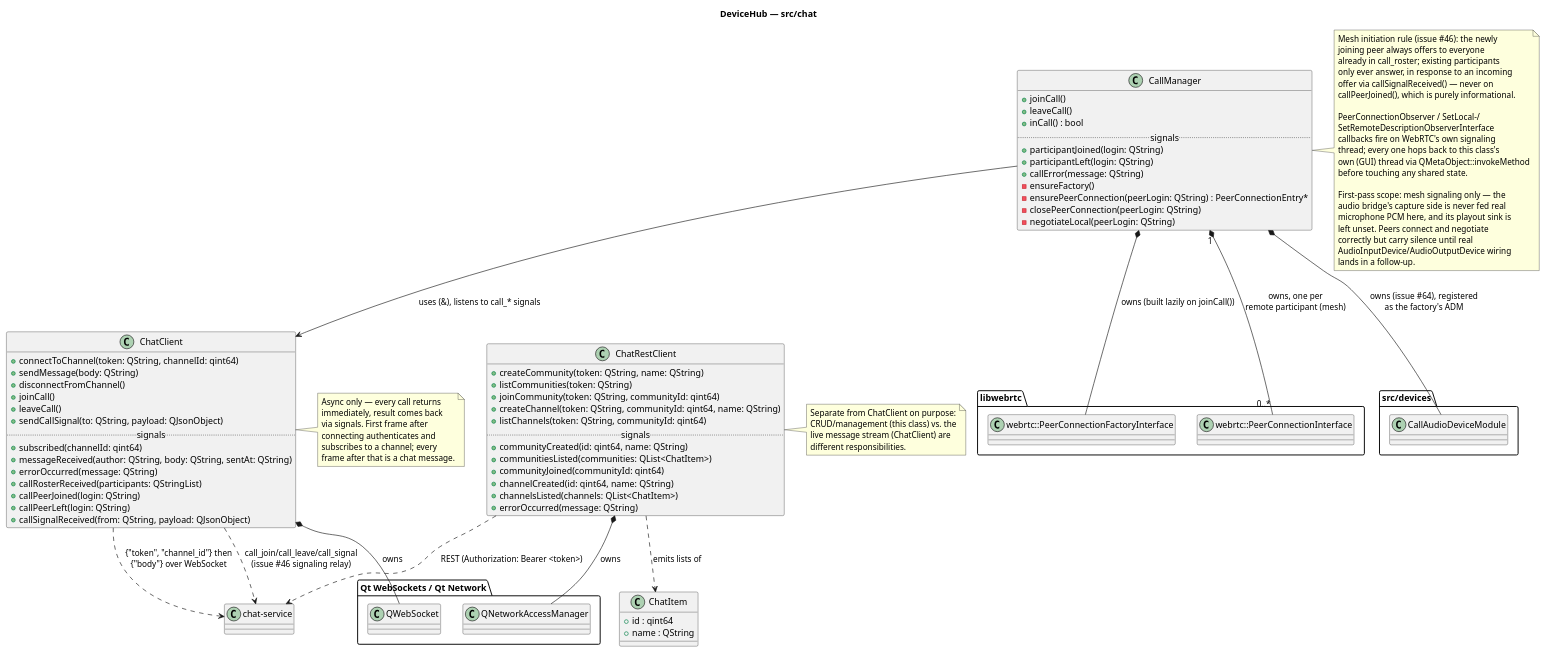
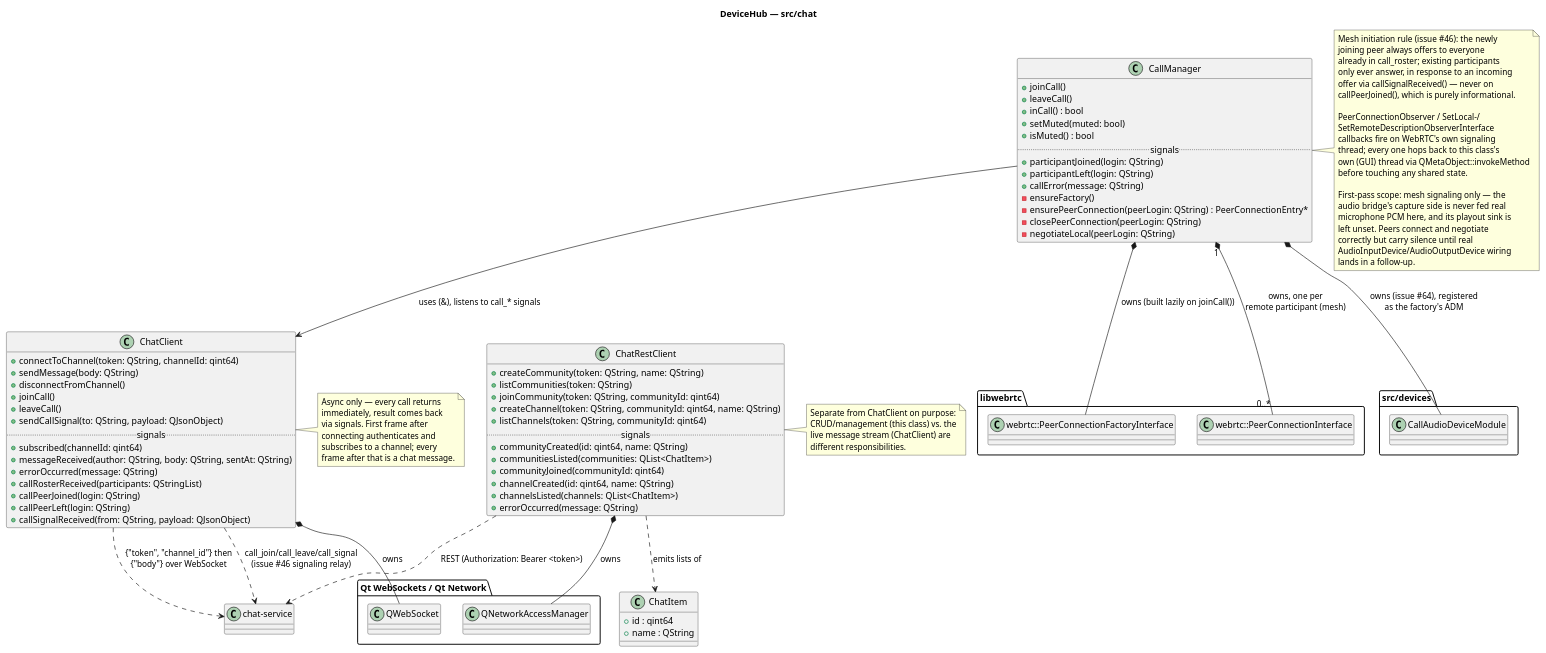
One commit to NekrasovIS/Exp changed the diagram in docs/diagrams/chat.puml. Above: the diagram before and after it, drawn with PlantUML. The commit also changed 9 other files, not shown here.

```diff
--- a/docs/diagrams/chat.puml
+++ b/docs/diagrams/chat.puml
@@ -1,118 +1,120 @@
 @startuml chat
 title DeviceHub — src/chat
 
 package "Qt WebSockets / Qt Network" {
   class QWebSocket
   class QNetworkAccessManager
 }
 
 package "libwebrtc" {
   class "webrtc::PeerConnectionFactoryInterface" as WebrtcPeerConnectionFactory
   class "webrtc::PeerConnectionInterface" as WebrtcPeerConnection
 }
 
 package "src/devices" {
   class CallAudioDeviceModule
 }
 
 class ChatItem {
   +id : qint64
   +name : QString
 }
 
 class ChatClient {
   +connectToChannel(token: QString, channelId: qint64)
   +sendMessage(body: QString)
   +disconnectFromChannel()
   +joinCall()
   +leaveCall()
   +sendCallSignal(to: QString, payload: QJsonObject)
   .. signals ..
   +subscribed(channelId: qint64)
   +messageReceived(author: QString, body: QString, sentAt: QString)
   +errorOccurred(message: QString)
   +callRosterReceived(participants: QStringList)
   +callPeerJoined(login: QString)
   +callPeerLeft(login: QString)
   +callSignalReceived(from: QString, payload: QJsonObject)
 }
 ChatClient *-- QWebSocket : owns
 ChatClient ..> "chat-service" : {"token", "channel_id"} then\n{"body"} over WebSocket
 ChatClient ..> "chat-service" : call_join/call_leave/call_signal\n(issue #46 signaling relay)
 
 class CallManager {
   +joinCall()
   +leaveCall()
   +inCall() : bool
+  +setMuted(muted: bool)
+  +isMuted() : bool
   .. signals ..
   +participantJoined(login: QString)
   +participantLeft(login: QString)
   +callError(message: QString)
   -ensureFactory()
   -ensurePeerConnection(peerLogin: QString) : PeerConnectionEntry*
   -closePeerConnection(peerLogin: QString)
   -negotiateLocal(peerLogin: QString)
 }
 CallManager --> ChatClient : uses (&), listens to call_* signals
 CallManager *-- WebrtcPeerConnectionFactory : owns (built lazily on joinCall())
 CallManager "1" *-- "0..*" WebrtcPeerConnection : owns, one per\nremote participant (mesh)
 CallManager *-- CallAudioDeviceModule : owns (issue #64), registered\nas the factory's ADM
 note right of CallManager
   Mesh initiation rule (issue #46): the newly
   joining peer always offers to everyone
   already in call_roster; existing participants
   only ever answer, in response to an incoming
   offer via callSignalReceived() — never on
   callPeerJoined(), which is purely informational.
 
   PeerConnectionObserver / SetLocal-/
   SetRemoteDescriptionObserverInterface
   callbacks fire on WebRTC's own signaling
   thread; every one hops back to this class's
   own (GUI) thread via QMetaObject::invokeMethod
   before touching any shared state.
 
   First-pass scope: mesh signaling only — the
   audio bridge's capture side is never fed real
   microphone PCM here, and its playout sink is
   left unset. Peers connect and negotiate
   correctly but carry silence until real
   AudioInputDevice/AudioOutputDevice wiring
   lands in a follow-up.
 end note
 
 class ChatRestClient {
   +createCommunity(token: QString, name: QString)
   +listCommunities(token: QString)
   +joinCommunity(token: QString, communityId: qint64)
   +createChannel(token: QString, communityId: qint64, name: QString)
   +listChannels(token: QString, communityId: qint64)
   .. signals ..
   +communityCreated(id: qint64, name: QString)
   +communitiesListed(communities: QList<ChatItem>)
   +communityJoined(communityId: qint64)
   +channelCreated(id: qint64, name: QString)
   +channelsListed(channels: QList<ChatItem>)
   +errorOccurred(message: QString)
 }
 ChatRestClient *-- QNetworkAccessManager : owns
 ChatRestClient ..> ChatItem : emits lists of
 ChatRestClient ..> "chat-service" : REST (Authorization: Bearer <token>)
 
 note right of ChatClient
   Async only — every call returns
   immediately, result comes back
   via signals. First frame after
   connecting authenticates and
   subscribes to a channel; every
   frame after that is a chat message.
 end note
 
 note right of ChatRestClient
   Separate from ChatClient on purpose:
   CRUD/management (this class) vs. the
   live message stream (ChatClient) are
   different responsibilities.
 end note
 
 @enduml
```
